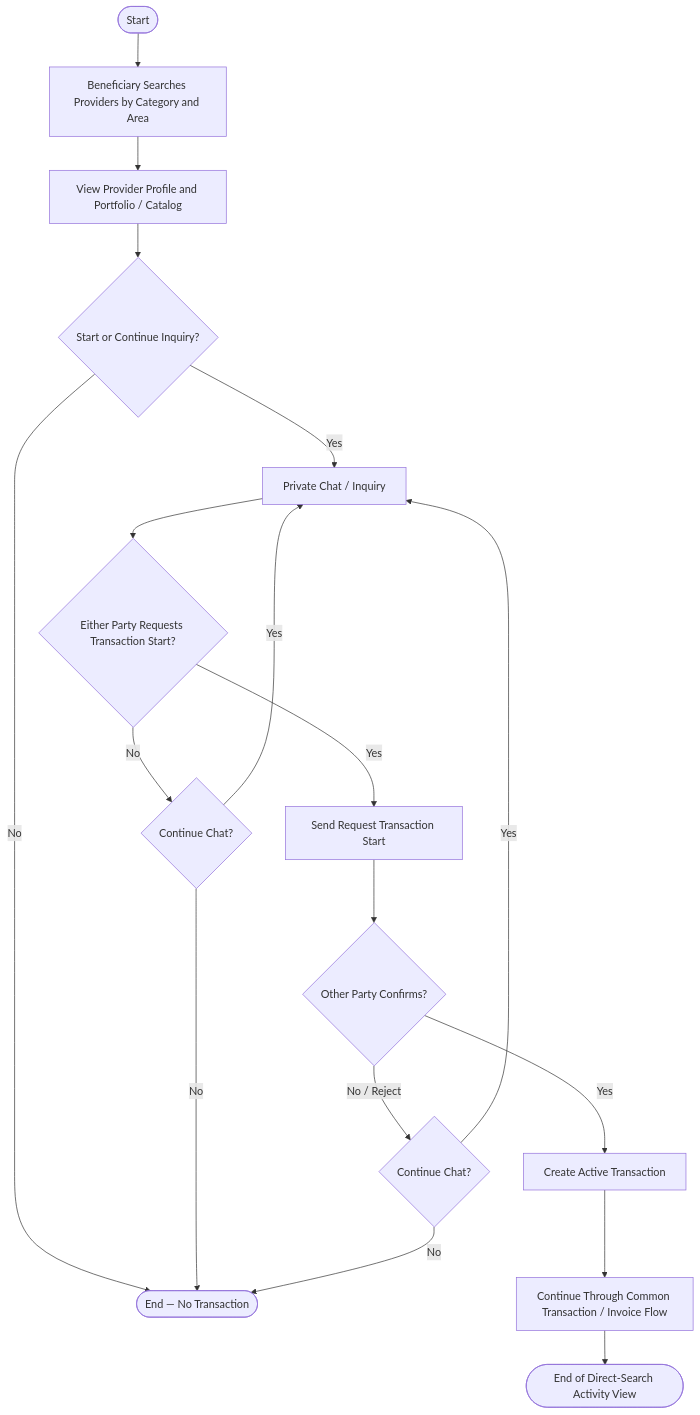
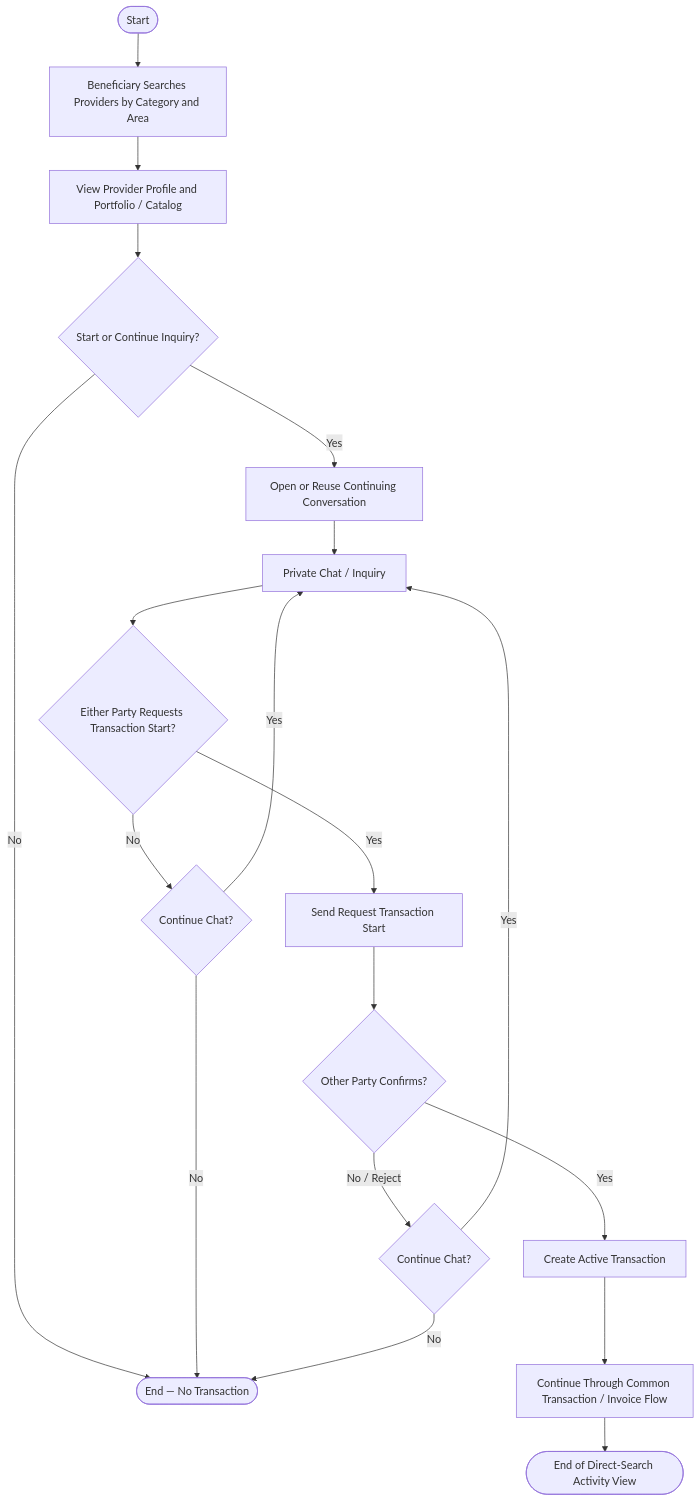
One commit to Yadd-SanaaUniversityGraduationProject/yadd changed the diagram in diagrams/03-analysis/uml/activity/activity-direct-search-route.md. Above: the diagram before and after it, drawn with Mermaid. The commit also changed other lines of this file, not shown here.

Commit message:
sync(activity): reuse continuing conversation in direct search

````diff
--- a/diagrams/03-analysis/uml/activity/activity-direct-search-route.md
+++ b/diagrams/03-analysis/uml/activity/activity-direct-search-route.md
@@ -15,23 +15,24 @@
 ```mermaid
 flowchart TD
     S([Start]) --> A[Beneficiary Searches Providers by Category and Area]
     A --> B[View Provider Profile and Portfolio / Catalog]
     B --> C{Start or Continue Inquiry?}
     C -- No --> Z([End — No Transaction])
-    C -- Yes --> D[Private Chat / Inquiry]
+    C -- Yes --> D[Open or Reuse Continuing Conversation]
+    D --> D1[Private Chat / Inquiry]
 
-    D --> E{Either Party Requests Transaction Start?}
+    D1 --> E{Either Party Requests Transaction Start?}
     E -- No --> F{Continue Chat?}
-    F -- Yes --> D
+    F -- Yes --> D1
     F -- No --> Z
 
     E -- Yes --> G[Send Request Transaction Start]
     G --> H{Other Party Confirms?}
     H -- Yes --> I[Create Active Transaction]
     I --> J[Continue Through Common Transaction / Invoice Flow]
     J --> ZE([End of Direct-Search Activity View])
 
     H -- No / Reject --> K{Continue Chat?}
-    K -- Yes --> D
+    K -- Yes --> D1
     K -- No --> Z
 ```
````
